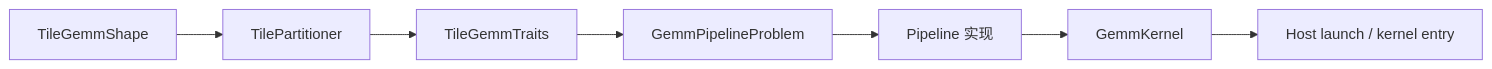
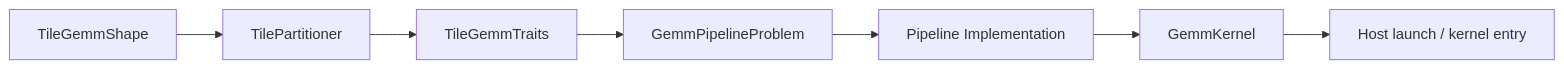
One commit to ChengYao-amd/amd_kernel_skill changed the diagram in references/libraries/ck-programming-model.md. Above: the diagram before and after it, drawn with Mermaid. The commit also changed other lines of this file and 47 other files, not shown here.

````diff
--- a/references/libraries/ck-programming-model.md
+++ b/references/libraries/ck-programming-model.md
@@ -9,9 +9,9 @@
 ```mermaid
 flowchart LR
   A[TileGemmShape] --> B[TilePartitioner]
   B --> C[TileGemmTraits]
   C --> D[GemmPipelineProblem]
-  D --> E[Pipeline 实现]
+  D --> E[Pipeline Implementation]
   E --> F[GemmKernel]
   F --> G[Host launch / kernel entry]
 ```
````
